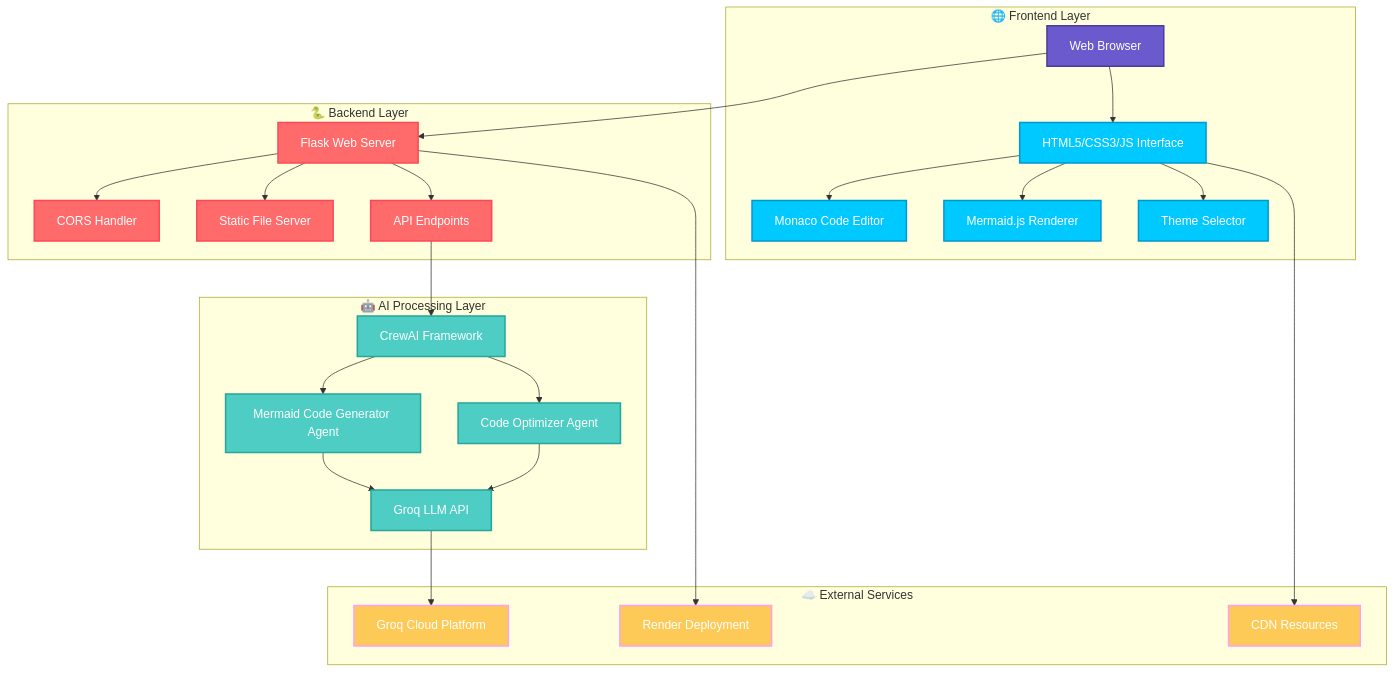
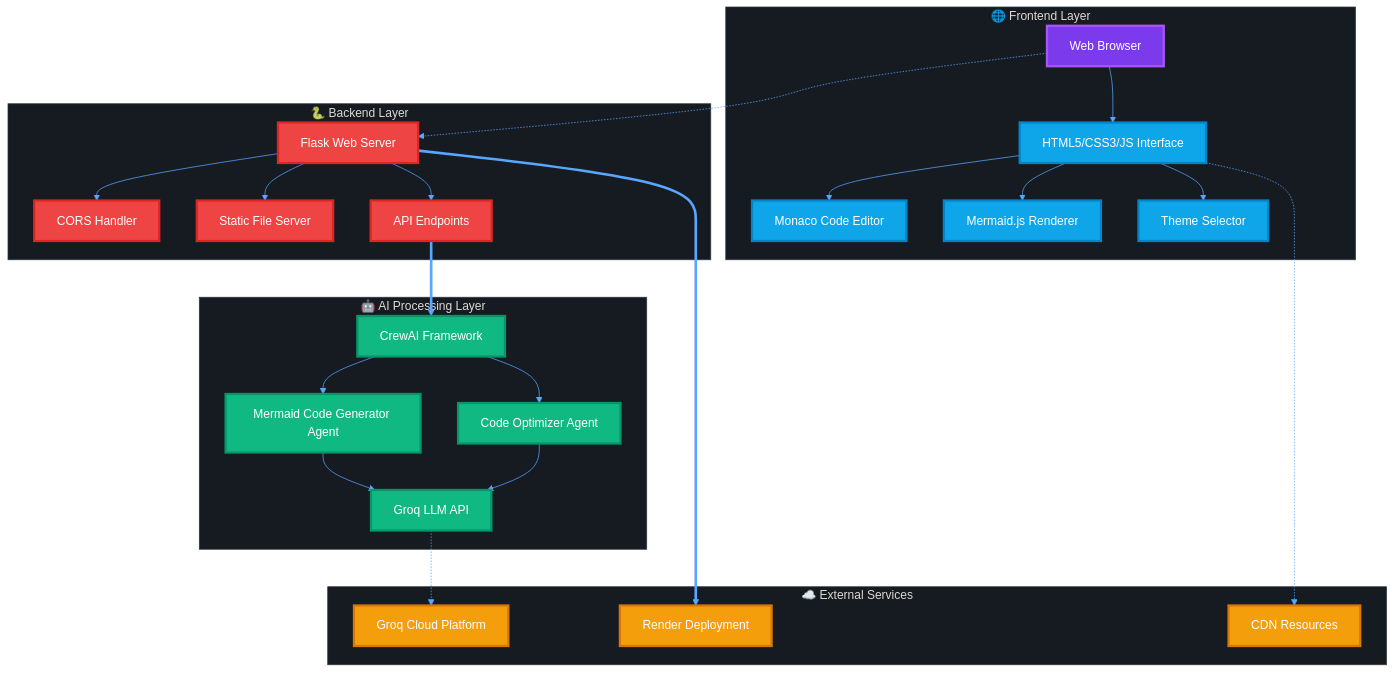
Before and after one commit to swapnil-patil8767/DiagramX: the first of 2 diagrams in README.md, drawn with Mermaid.

````diff
--- a/README.md
+++ b/README.md
@@ -43,51 +43,52 @@
 ```mermaid
+%%{init: {'theme':'base', 'themeVariables': {'primaryColor': '#0d1117', 'primaryTextColor': '#ffffff', 'primaryBorderColor': '#30363d', 'lineColor': '#58a6ff', 'sectionBkgColor': '#0d1117', 'altSectionBkgColor': '#161b22', 'gridColor': '#21262d', 'secondaryColor': '#161b22', 'tertiaryColor': '#21262d', 'edgeLabelBackground': '#0d1117', 'clusterBkg': '#161b22', 'clusterBorder': '#30363d'}}}%%
 graph TB
     subgraph "🌐 Frontend Layer"
         A[Web Browser] --> B[HTML5/CSS3/JS Interface]
         B --> C[Monaco Code Editor]
         B --> D[Mermaid.js Renderer]
         B --> E[Theme Selector]
     end
     
     subgraph "🐍 Backend Layer"
         F[Flask Web Server] --> G[CORS Handler]
         F --> H[Static File Server]
         F --> I[API Endpoints]
     end
     
     subgraph "🤖 AI Processing Layer"
         J[CrewAI Framework] --> K[Mermaid Code Generator Agent]
         J --> L[Code Optimizer Agent]
         K --> M[Groq LLM API]
         L --> M
     end
     
     subgraph "☁️ External Services"
         N[Groq Cloud Platform]
         O[Render Deployment]
         P[CDN Resources]
     end
     
-    A --> F
-    I --> J
-    M --> N
-    F --> O
-    B --> P
+    A -.-> F
+    I ==> J
+    M -.-> N
+    F ==> O
+    B -.-> P
     
-    style A fill:#6a5acd,stroke:#4a3c9a,stroke-width:2px,color:#fff
-    style B fill:#00c9ff,stroke:#0099cc,stroke-width:2px,color:#fff
-    style C fill:#00c9ff,stroke:#0099cc,stroke-width:2px,color:#fff
-    style D fill:#00c9ff,stroke:#0099cc,stroke-width:2px,color:#fff
-    style E fill:#00c9ff,stroke:#0099cc,stroke-width:2px,color:#fff
-    style F fill:#ff6b6b,stroke:#ff4757,stroke-width:2px,color:#fff
-    style G fill:#ff6b6b,stroke:#ff4757,stroke-width:2px,color:#fff
-    style H fill:#ff6b6b,stroke:#ff4757,stroke-width:2px,color:#fff
-    style I fill:#ff6b6b,stroke:#ff4757,stroke-width:2px,color:#fff
-    style J fill:#4ecdc4,stroke:#26a69a,stroke-width:2px,color:#fff
-    style K fill:#4ecdc4,stroke:#26a69a,stroke-width:2px,color:#fff
-    style L fill:#4ecdc4,stroke:#26a69a,stroke-width:2px,color:#fff
-    style M fill:#4ecdc4,stroke:#26a69a,stroke-width:2px,color:#fff
-    style N fill:#feca57,stroke:#ff9ff3,stroke-width:2px,color:#fff
-    style O fill:#feca57,stroke:#ff9ff3,stroke-width:2px,color:#fff
-    style P fill:#feca57,stroke:#ff9ff3,stroke-width:2px,color:#fff
+    style A fill:#7c3aed,stroke:#a855f7,stroke-width:3px,color:#fff
+    style B fill:#0ea5e9,stroke:#0284c7,stroke-width:3px,color:#fff
+    style C fill:#0ea5e9,stroke:#0284c7,stroke-width:3px,color:#fff
+    style D fill:#0ea5e9,stroke:#0284c7,stroke-width:3px,color:#fff
+    style E fill:#0ea5e9,stroke:#0284c7,stroke-width:3px,color:#fff
+    style F fill:#ef4444,stroke:#dc2626,stroke-width:3px,color:#fff
+    style G fill:#ef4444,stroke:#dc2626,stroke-width:3px,color:#fff
+    style H fill:#ef4444,stroke:#dc2626,stroke-width:3px,color:#fff
+    style I fill:#ef4444,stroke:#dc2626,stroke-width:3px,color:#fff
+    style J fill:#10b981,stroke:#059669,stroke-width:3px,color:#fff
+    style K fill:#10b981,stroke:#059669,stroke-width:3px,color:#fff
+    style L fill:#10b981,stroke:#059669,stroke-width:3px,color:#fff
+    style M fill:#10b981,stroke:#059669,stroke-width:3px,color:#fff
+    style N fill:#f59e0b,stroke:#d97706,stroke-width:3px,color:#fff
+    style O fill:#f59e0b,stroke:#d97706,stroke-width:3px,color:#fff
+    style P fill:#f59e0b,stroke:#d97706,stroke-width:3px,color:#fff
 ```
````
